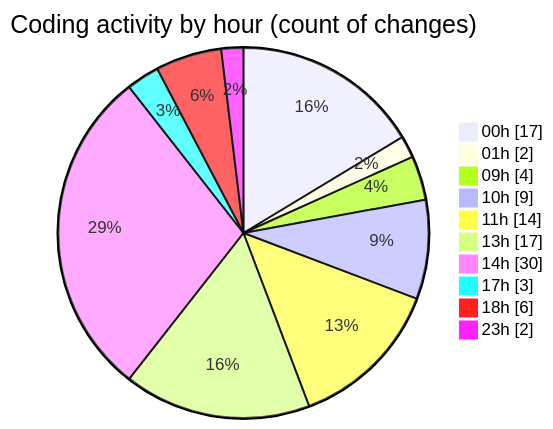
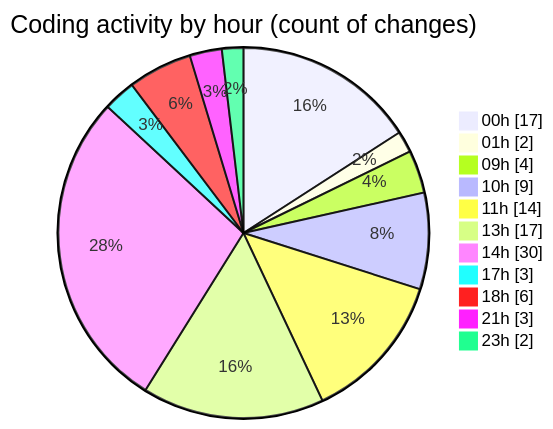
Before and after one commit to julien-gomy/code-tracking: the second of 2 diagrams in 2025-10-29/eventscop-frontend-guide__workspace_/README.md, drawn with Mermaid. The commit also changed other lines of this file and 1 other file, not shown here.

````diff
--- a/2025-10-29/eventscop-frontend-guide__workspace_/README.md
+++ b/2025-10-29/eventscop-frontend-guide__workspace_/README.md
@@ -61,14 +64,15 @@
 ```mermaid
 pie showData
 title Coding activity by hour (count of changes)
 "00h" : 17
 "01h" : 2
 "09h" : 4
 "10h" : 9
 "11h" : 14
 "13h" : 17
 "14h" : 30
 "17h" : 3
 "18h" : 6
+"21h" : 3
 "23h" : 2
 ```
````
